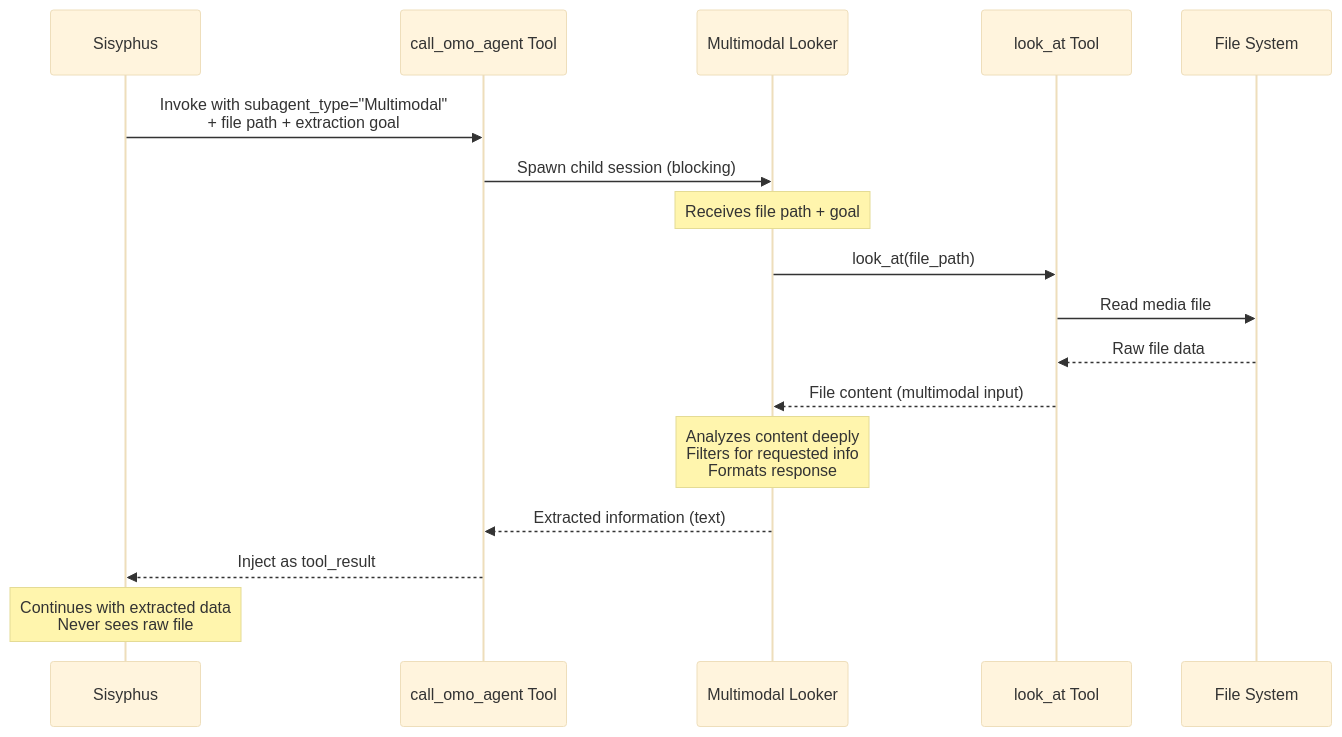
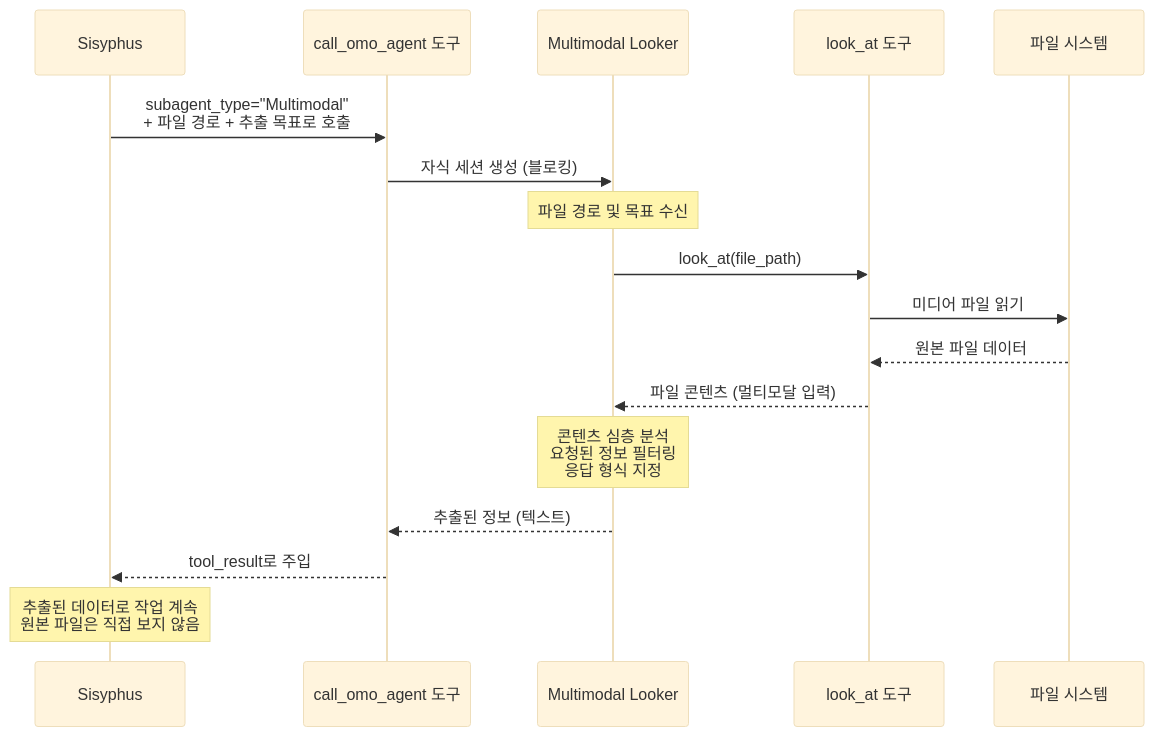
Before and after one commit to felipetruman/oh-my-opencode-docs: the third of 6 diagrams in docs/agents/multimodal-looker.md, drawn with Mermaid (base theme). The commit also changed other lines of this file and 76 other files, not shown here.

````diff
--- a/docs/agents/multimodal-looker.md
+++ b/docs/agents/multimodal-looker.md
@@ -175,20 +171,20 @@
 ```mermaid
 sequenceDiagram
   participant p1 as Sisyphus
-  participant p2 as call_omo_agent Tool
+  participant p2 as call_omo_agent 도구
   participant p3 as Multimodal Looker
-  participant p4 as look_at Tool
-  participant p5 as File System
+  participant p4 as look_at 도구
+  participant p5 as 파일 시스템
 
-  p1->>p2: Invoke with subagent_type="Multimodal"<br/>+ file path + extraction goal
-  p2->>p3: Spawn child session (blocking)
-  note over p3: Receives file path + goal
+  p1->>p2: subagent_type="Multimodal"<br/>+ 파일 경로 + 추출 목표로 호출
+  p2->>p3: 자식 세션 생성 (블로킹)
+  note over p3: 파일 경로 및 목표 수신
   p3->>p4: look_at(file_path)
-  p4->>p5: Read media file
-  p5-->>p4: Raw file data
-  p4-->>p3: File content (multimodal input)
-  note over p3: Analyzes content deeply<br/>Filters for requested info<br/>Formats response
-  p3-->>p2: Extracted information (text)
-  p2-->>p1: Inject as tool_result
-  note over p1: Continues with extracted data<br/>Never sees raw file
+  p4->>p5: 미디어 파일 읽기
+  p5-->>p4: 원본 파일 데이터
+  p4-->>p3: 파일 콘텐츠 (멀티모달 입력)
+  note over p3: 콘텐츠 심층 분석<br/>요청된 정보 필터링<br/>응답 형식 지정
+  p3-->>p2: 추출된 정보 (텍스트)
+  p2-->>p1: tool_result로 주입
+  note over p1: 추출된 데이터로 작업 계속<br/>원본 파일은 직접 보지 않음
 ```
````
